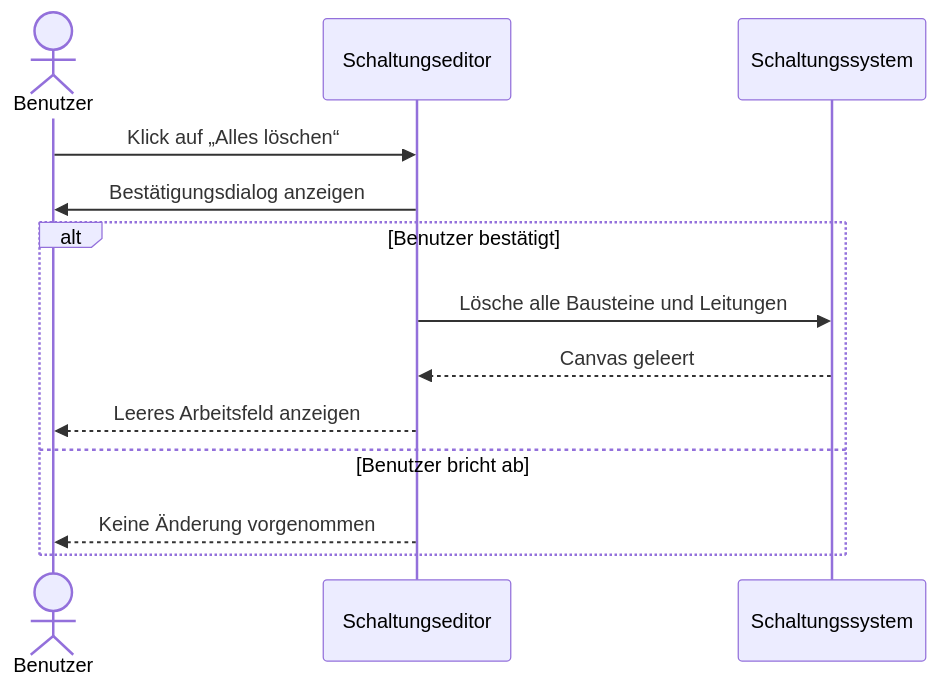
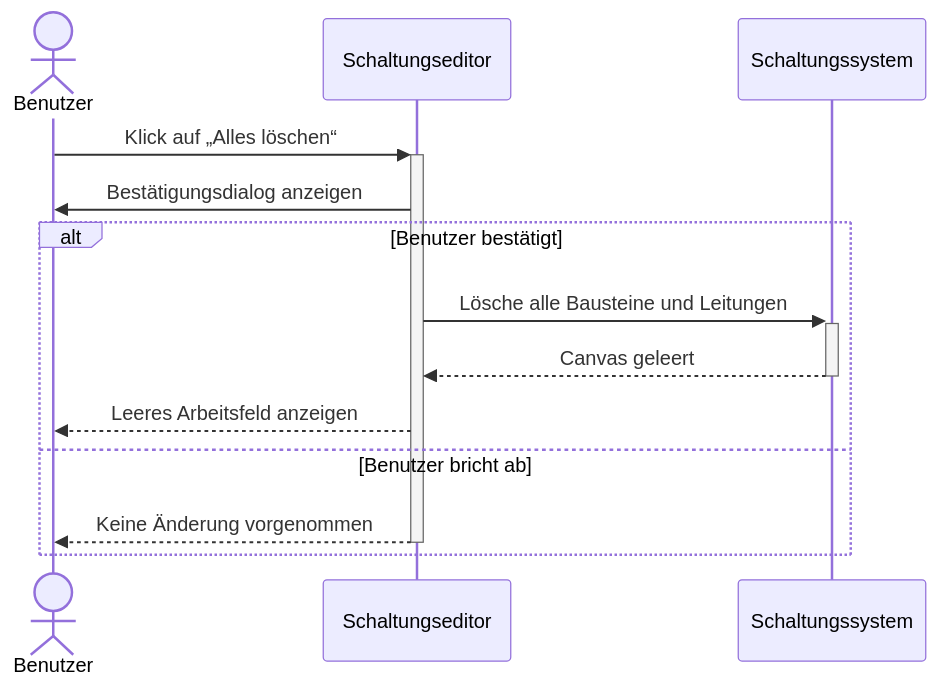
Before and after one commit to SimonJ2222/BitFlow: the sixth of 22 diagrams in docs/use_cases/software_requirements_specification.md, drawn with Mermaid. The commit also changed other lines of this file, not shown here.

Commit message:
Added activations and deactivations to all Sequence Diagrams

````diff
--- a/docs/use_cases/software_requirements_specification.md
+++ b/docs/use_cases/software_requirements_specification.md
@@ -323,17 +327,17 @@
 ```mermaid
 sequenceDiagram
     actor Benutzer
     participant Editor as Schaltungseditor
     participant System as Schaltungssystem
 
-    Benutzer ->> Editor: Klick auf „Alles löschen“
+    Benutzer ->>+ Editor: Klick auf „Alles löschen“
     Editor ->> Benutzer: Bestätigungsdialog anzeigen
     alt Benutzer bestätigt
-        Editor ->> System: Lösche alle Bausteine und Leitungen
-        System -->> Editor: Canvas geleert
+        Editor ->>+ System: Lösche alle Bausteine und Leitungen
+        System -->>- Editor: Canvas geleert
         Editor -->> Benutzer: Leeres Arbeitsfeld anzeigen
     else Benutzer bricht ab
-        Editor -->> Benutzer: Keine Änderung vorgenommen
+        Editor -->>- Benutzer: Keine Änderung vorgenommen
     end
 
 ```
````
